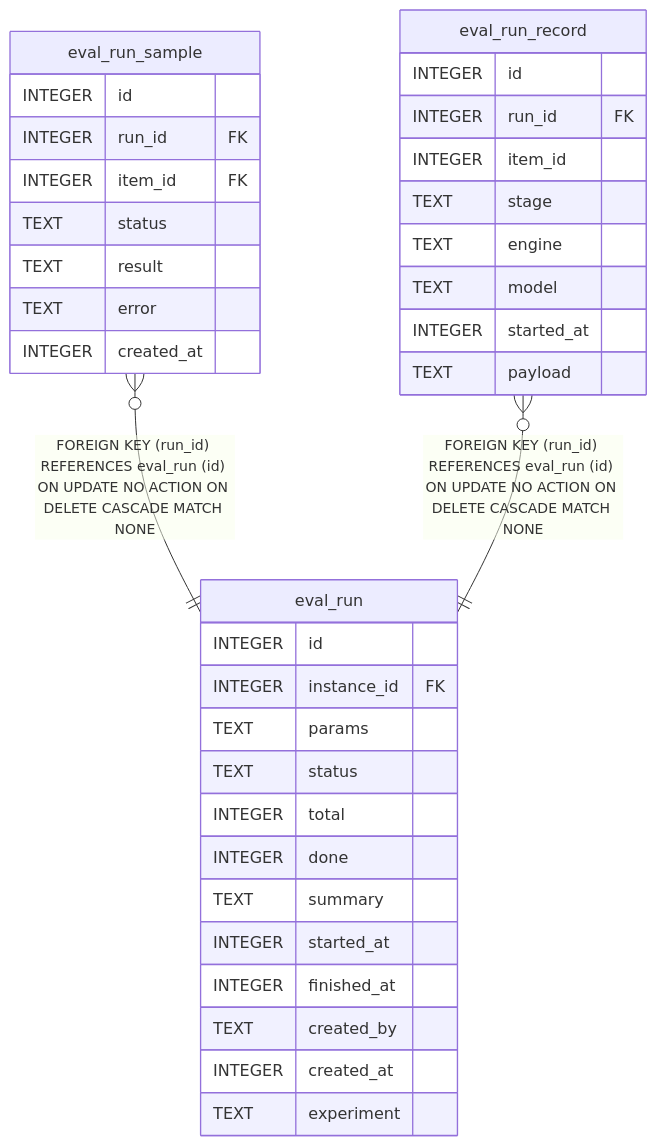
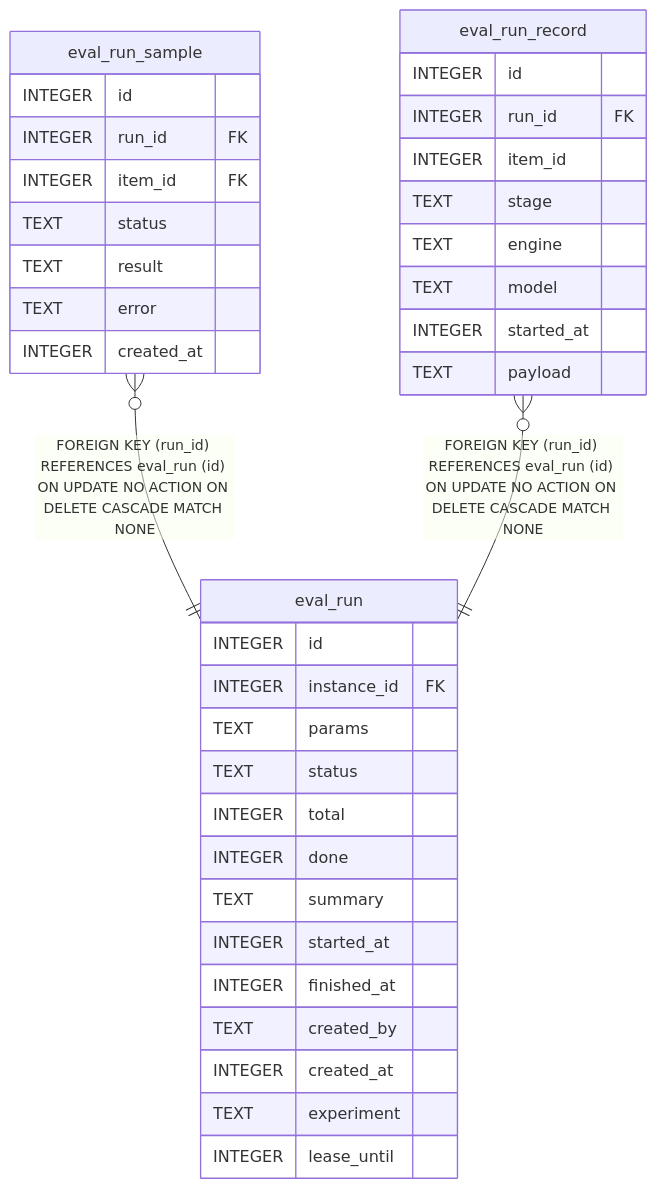
The diagram in content/docs/pt-BR/developers/plugins/eval-validator/reference/schema.mmd (ktbhealth/docs), drawn with Mermaid before and after one commit. The commit also changed 9 other files, not shown here.

Commit message:
docs(erd): regenerate for fix/bughunt-plugins-platform-c — eval_run lease, entity_deks tenant scope

```diff
--- a/content/docs/pt-BR/developers/plugins/eval-validator/reference/schema.mmd
+++ b/content/docs/pt-BR/developers/plugins/eval-validator/reference/schema.mmd
@@ -1,38 +1,39 @@
 erDiagram
 
 "eval_run_sample" }o--|| "eval_run" : "FOREIGN KEY (run_id) REFERENCES eval_run (id) ON UPDATE NO ACTION ON DELETE CASCADE MATCH NONE"
 "eval_run_record" }o--|| "eval_run" : "FOREIGN KEY (run_id) REFERENCES eval_run (id) ON UPDATE NO ACTION ON DELETE CASCADE MATCH NONE"
 
 "eval_run_sample" {
   INTEGER id
   INTEGER run_id FK
   INTEGER item_id FK
   TEXT status
   TEXT result
   TEXT error
   INTEGER created_at
 }
 "eval_run" {
   INTEGER id
   INTEGER instance_id FK
   TEXT params
   TEXT status
   INTEGER total
   INTEGER done
   TEXT summary
   INTEGER started_at
   INTEGER finished_at
   TEXT created_by
   INTEGER created_at
   TEXT experiment
+  INTEGER lease_until
 }
 "eval_run_record" {
   INTEGER id
   INTEGER run_id FK
   INTEGER item_id
   TEXT stage
   TEXT engine
   TEXT model
   INTEGER started_at
   TEXT payload
 }
```
